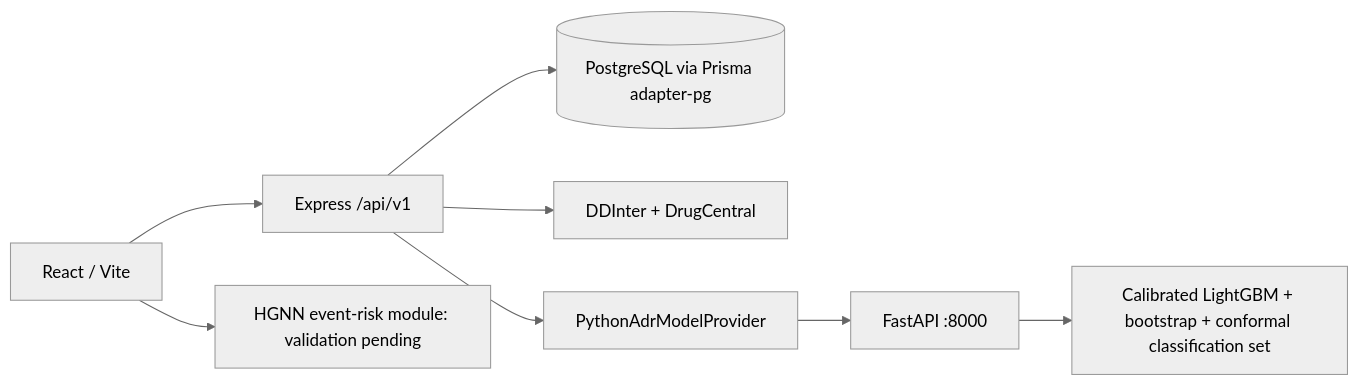
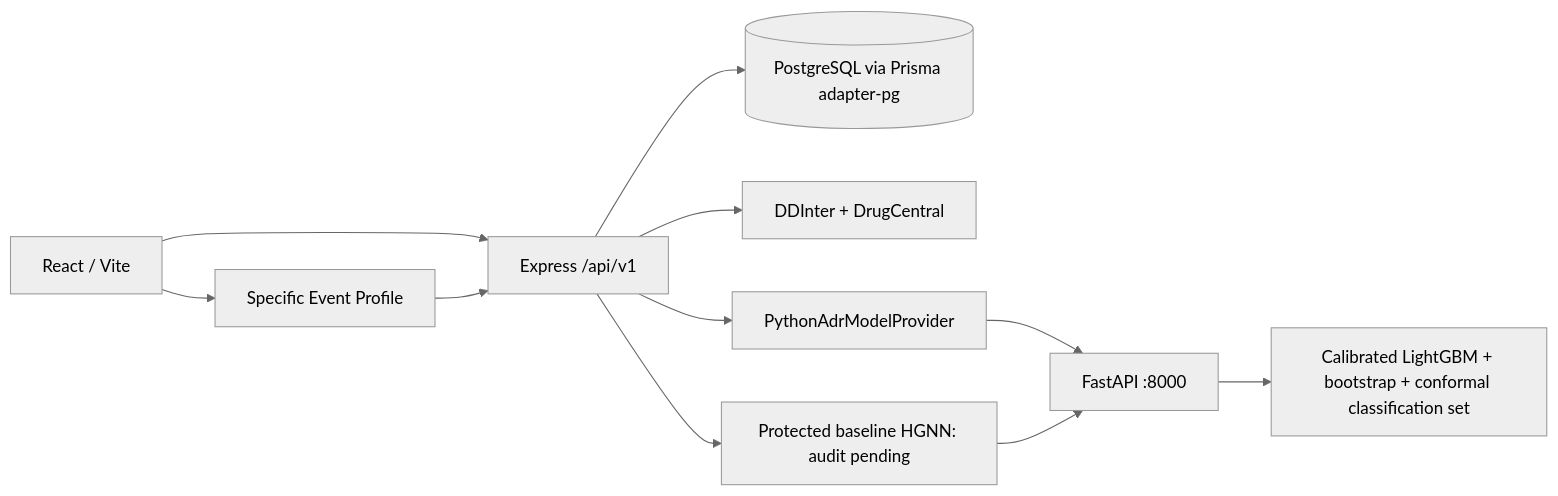
Before and after one commit to Sravanramaraju/VitaNexus-RX: the diagram in docs/CURRENT_SYSTEM_ARCHITECTURE.md, drawn with Mermaid (neutral theme). The commit also changed other lines of this file and 7 other files, not shown here.

````diff
--- a/docs/CURRENT_SYSTEM_ARCHITECTURE.md
+++ b/docs/CURRENT_SYSTEM_ARCHITECTURE.md
@@ -12,10 +12,13 @@
 ```mermaid
 flowchart LR
   UI["React / Vite"] --> API["Express /api/v1"]
   API --> DB[("PostgreSQL via Prisma adapter-pg")]
   API --> KNOWN["DDInter + DrugCentral"]
   API --> ML["PythonAdrModelProvider"]
   ML --> FASTAPI["FastAPI :8000"]
   FASTAPI --> LGBM["Calibrated LightGBM + bootstrap + conformal classification set"]
-  UI --> HGNN["HGNN event-risk module: validation pending"]
+  UI --> EVENTAPI["Specific Event Profile"]
+  EVENTAPI --> API
+  API --> HGNN["Protected baseline HGNN: audit pending"]
+  HGNN --> FASTAPI
 ```
````
